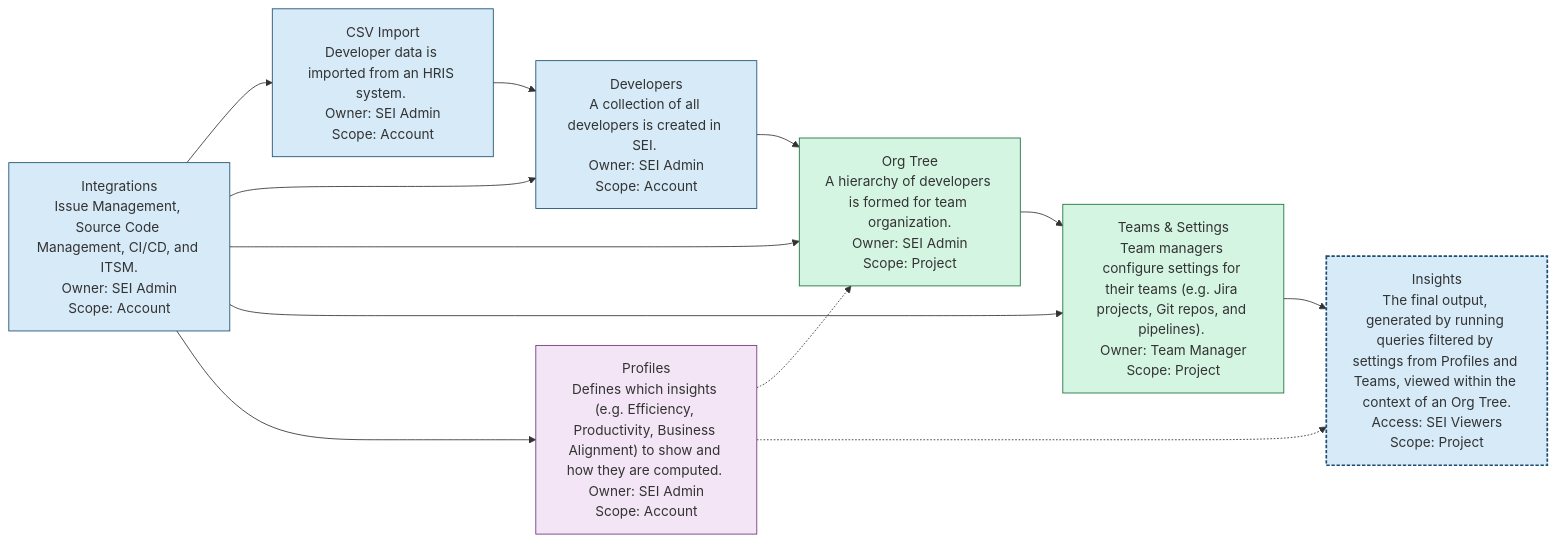
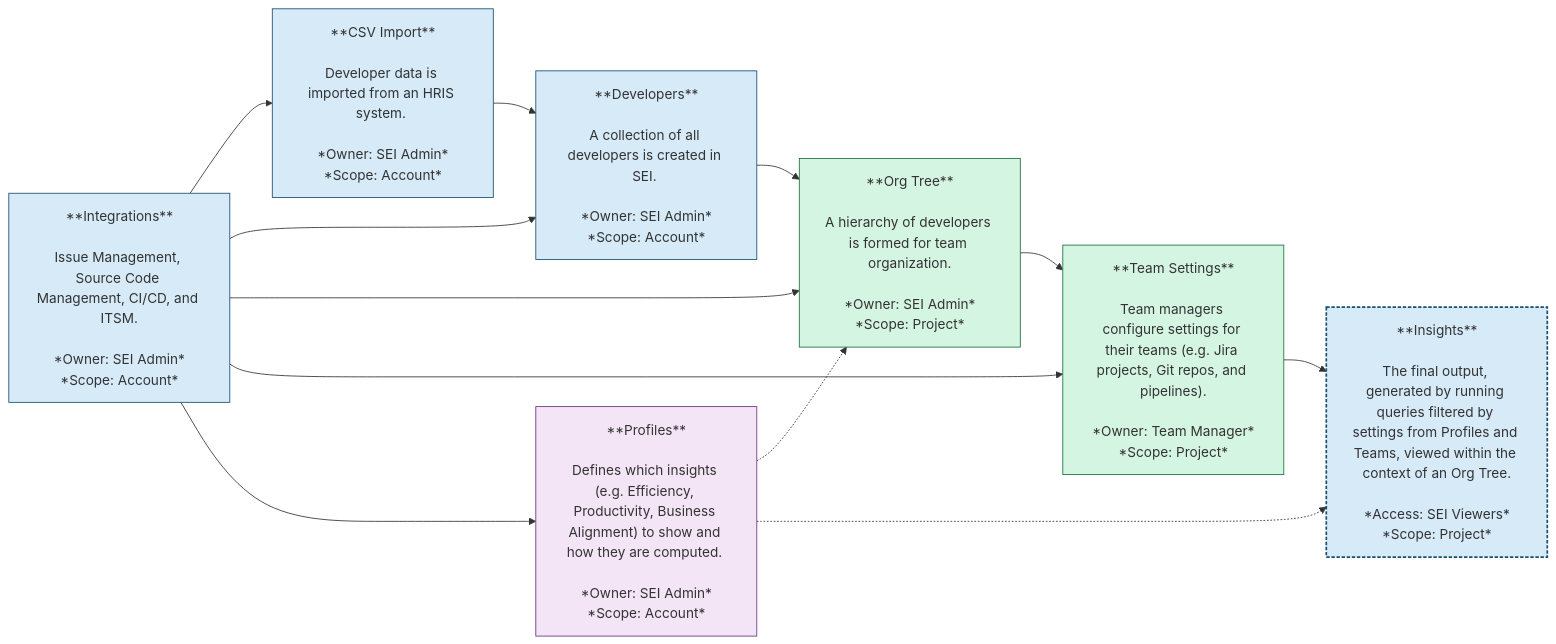
Before and after one commit to harness/developer-hub: the diagram in docs/software-engineering-insights/harness-sei/get-started/sei-key-concepts.md, drawn with Mermaid.

Commit message:
Add Bolding and Italics

````diff
--- a/docs/software-engineering-insights/harness-sei/get-started/sei-key-concepts.md
+++ b/docs/software-engineering-insights/harness-sei/get-started/sei-key-concepts.md
@@ -34,27 +34,27 @@
 ```mermaid
 flowchart LR
     %% Left to Right Layout
-    A["CSV Import<br>Developer data is imported from an HRIS system. <br>Owner: SEI Admin<br>Scope: Account"] --> B["Developers<br>A collection of all developers is created in SEI. <br>Owner: SEI Admin<br>Scope: Account"] --> C["Org Tree<br>A hierarchy of developers is formed for team organization.<br>Owner: SEI Admin<br>Scope: Project"] --> D["Teams & Settings<br>Team managers configure settings for their teams (e.g. Jira projects, Git repos, and pipelines). <br>Owner: Team Manager<br>Scope: Project"] --> E["Insights<br>The final output, generated by running queries filtered by settings from Profiles and Teams, viewed within the context of an Org Tree.<br>Access: SEI Viewers<br>Scope: Project"]
+    A["**CSV Import**<br><br>Developer data is imported from an HRIS system. <br><br>*Owner: SEI Admin*<br>*Scope: Account*"] --> B["**Developers**<br><br>A collection of all developers is created in SEI. <br><br>*Owner: SEI Admin*<br>*Scope: Account*"] --> C["**Org Tree**<br><br>A hierarchy of developers is formed for team organization.<br><br>*Owner: SEI Admin*<br>*Scope: Project*"] --> D["**Team Settings**<br><br>Team managers configure settings for their teams (e.g. Jira projects, Git repos, and pipelines).<br><br>*Owner: Team Manager*<br>*Scope: Project*"] --> E["**Insights**<br><br>The final output, generated by running queries filtered by settings from Profiles and Teams, viewed within the context of an Org Tree.<br><br>*Access: SEI Viewers*<br>*Scope: Project*"]
 
     %% Profiles below Org Tree
-    F["Profiles<br>Defines which insights (e.g. Efficiency, Productivity, Business Alignment) to show and how they are computed. <br>Owner: SEI Admin<br>Scope: Account"] -.-> C
+    F["**Profiles**<br><br>Defines which insights (e.g. Efficiency, Productivity, Business Alignment) to show and how they are computed. <br><br>*Owner: SEI Admin*<br>*Scope: Account*"] -.-> C
     F -.-> E
 
     %% Integrations at the bottom
-    G["Integrations<br>Issue Management, Source Code Management, CI/CD, and ITSM.<br>Owner: SEI Admin<br>Scope: Account"] --> A
+    G["**Integrations**<br><br>Issue Management, Source Code Management, CI/CD, and ITSM.<br><br>*Owner: SEI Admin*<br>*Scope: Account*"] --> A
     G --> B
     G --> C
     G --> D
     G --> F
 
     %% Style
     classDef account fill:#D6EAF8,stroke:#1B4F72,stroke-width:1px;
     classDef project fill:#D5F5E3,stroke:#196F3D,stroke-width:1px;
     classDef profiles fill:#F3E5F5,stroke:#6C3483,stroke-width:1px;
     classDef insights fill:#D6EAF8,stroke:#1B4F72,stroke-width:2px,stroke-dasharray: 4 2;
 
     class A,B,G account
     class C,D project
     class F profiles
     class E insights
 ```
````
